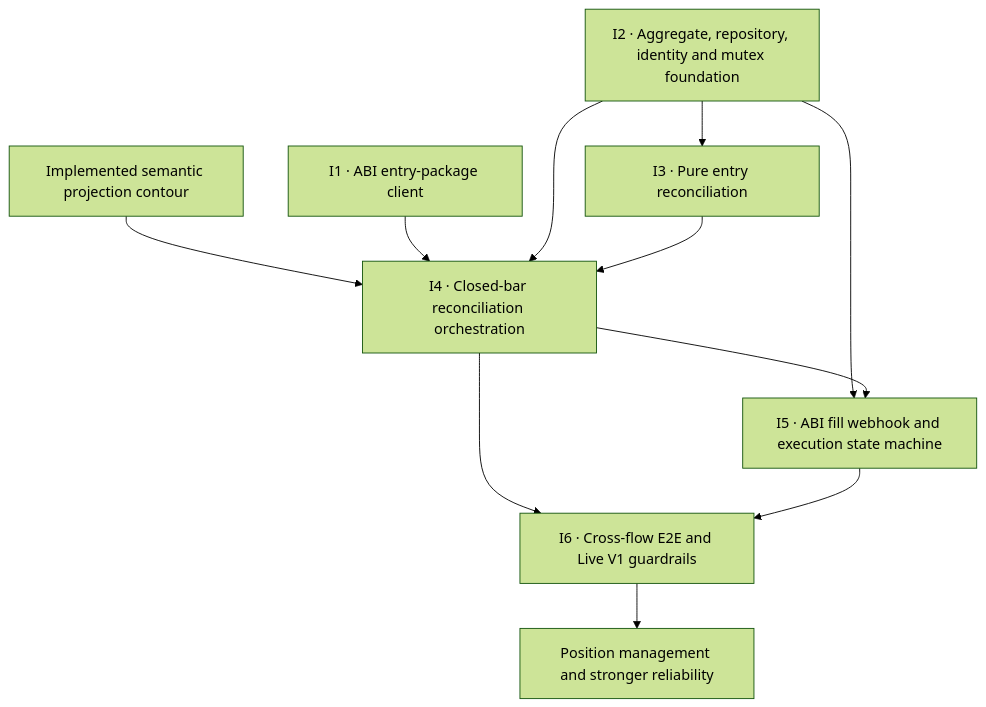
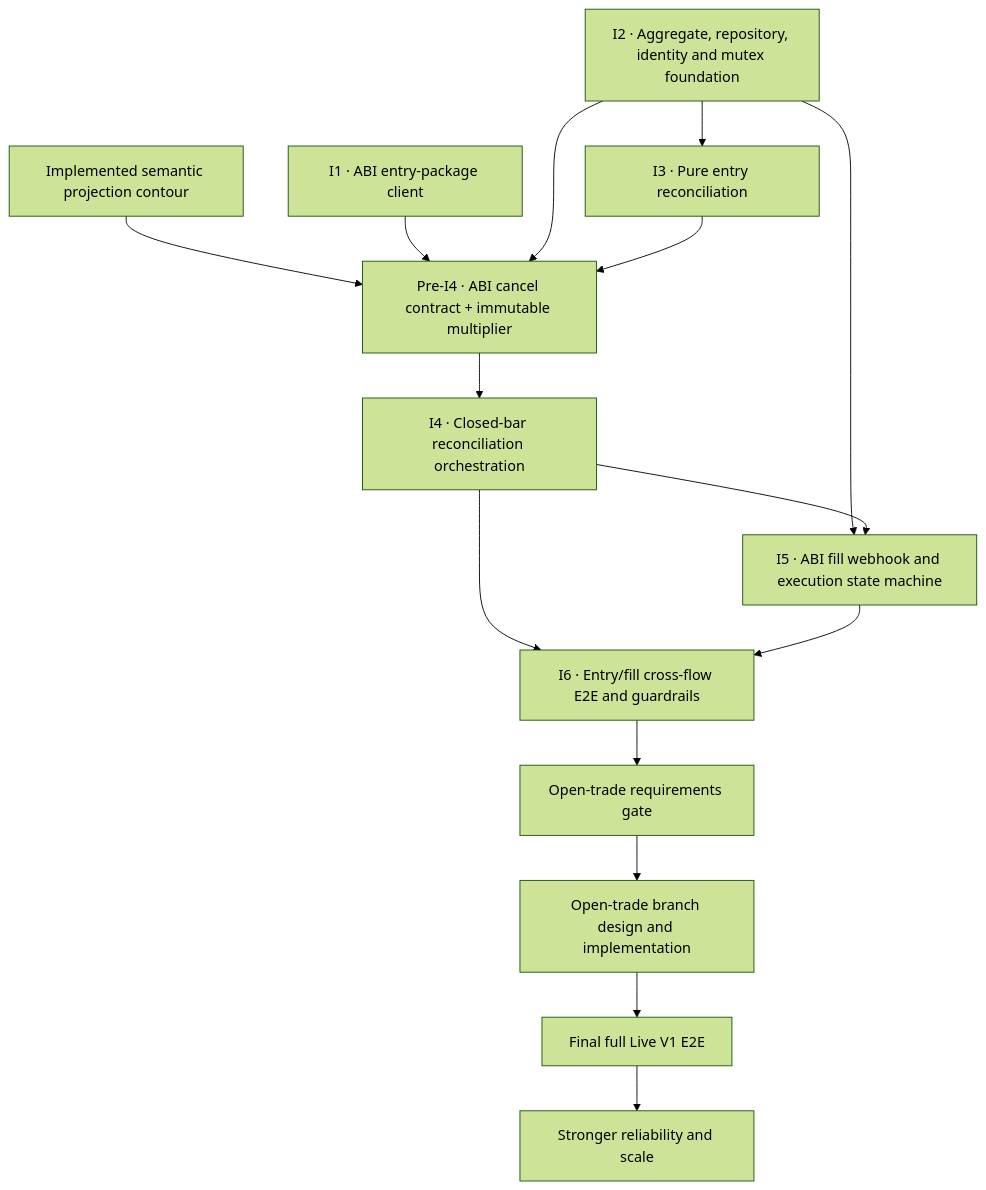
Before and after one commit to roman-vyl/strategy_runtime: the diagram in docs/system-plans/runtime-abi-entry-delivery-map.md, drawn with Mermaid (forest theme). The commit also changed other lines of this file and 6 other files, not shown here.

````diff
--- a/docs/system-plans/runtime-abi-entry-delivery-map.md
+++ b/docs/system-plans/runtime-abi-entry-delivery-map.md
@@ -25,22 +25,30 @@
 ```mermaid
 flowchart TD
     CURRENT["Implemented semantic projection contour"]
     I1["I1 · ABI entry-package client"]
     I2["I2 · Aggregate, repository, identity and mutex foundation"]
     I3["I3 · Pure entry reconciliation"]
+    P0["Pre-I4 · ABI cancel contract + immutable multiplier"]
     I4["I4 · Closed-bar reconciliation orchestration"]
     I5["I5 · ABI fill webhook and execution state machine"]
-    I6["I6 · Cross-flow E2E and Live V1 guardrails"]
-    FUTURE["Position management and stronger reliability"]
+    I6["I6 · Entry/fill cross-flow E2E and guardrails"]
+    OPEN_GATE["Open-trade requirements gate"]
+    OPEN_IMPL["Open-trade branch design and implementation"]
+    FINAL["Final full Live V1 E2E"]
+    FUTURE["Stronger reliability and scale"]
 
-    CURRENT --> I4
-    I1 --> I4
+    CURRENT --> P0
+    I1 --> P0
     I2 --> I3
-    I2 --> I4
+    I2 --> P0
     I2 --> I5
-    I3 --> I4
+    I3 --> P0
+    P0 --> I4
     I4 --> I5
     I4 --> I6
     I5 --> I6
-    I6 --> FUTURE
+    I6 --> OPEN_GATE
+    OPEN_GATE --> OPEN_IMPL
+    OPEN_IMPL --> FINAL
+    FINAL --> FUTURE
 ```
````
